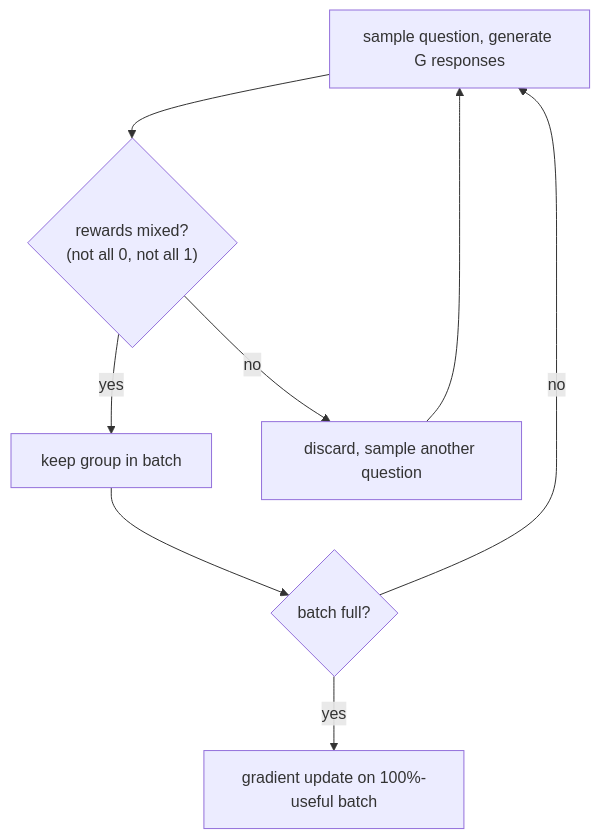
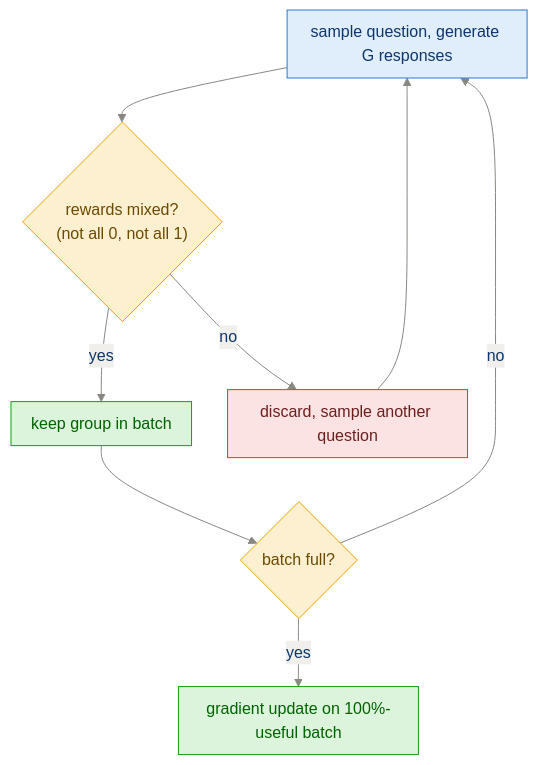
One commit to sudhanshu-shivam-dev/reasoning_model_from_scratch changed the second of 5 diagrams in study_guide/ch07_improving_grpo.md. Above: the diagram before and after it, drawn with Mermaid. The commit also changed other lines of this file and 14 other files, not shown here.

First line of the commit message:
Restyle all 54 diagrams: consistent palette, semantic colors, better spacing

````diff
--- a/study_guide/ch07_improving_grpo.md
+++ b/study_guide/ch07_improving_grpo.md
@@ -54,10 +59,17 @@
 ```mermaid
+%%{init: {"theme":"base","themeVariables":{"primaryColor":"#e0edfb","primaryTextColor":"#0d366b","primaryBorderColor":"#2a78d6","lineColor":"#898781","textColor":"#52514e","edgeLabelBackground":"#f0efec","clusterBkg":"rgba(137,135,129,0.07)","clusterBorder":"#a9a7a0","titleColor":"#898781"},"flowchart":{"nodeSpacing":36,"rankSpacing":44,"curve":"basis","padding":10}}}%%
 flowchart TB
     S["sample question, generate G responses"] --> C{"rewards mixed?<br/>(not all 0, not all 1)"}
     C -- yes --> KEEP["keep group in batch"]
     C -- no --> DROP["discard, sample another question"]
     DROP --> S
     KEEP --> FULL{"batch full?"}
     FULL -- no --> S
     FULL -- yes --> UPDATE["gradient update on 100%-useful batch"]
+    classDef dec fill:#fdf0d1,stroke:#eda100,color:#6b4a00
+    classDef good fill:#dcf3dc,stroke:#0ca30c,color:#006300
+    classDef bad fill:#fbe3e3,stroke:#d03b3b,color:#6d1f1f
+    class C,FULL dec
+    class KEEP,UPDATE good
+    class DROP bad
 ```
````
